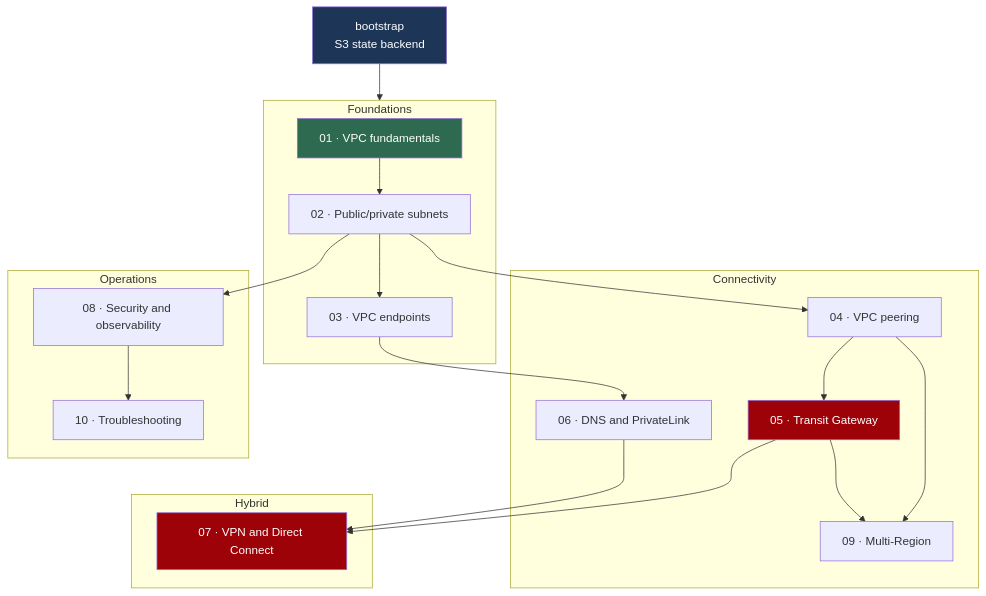
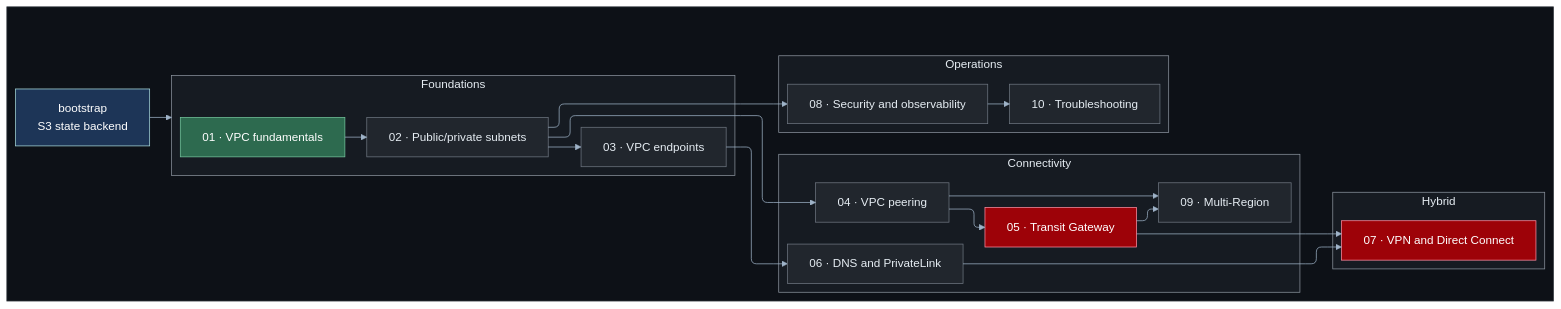
The diagram in README.md (HuyNguyen260398/aws-network-architecture), drawn with Mermaid before and after one commit. The commit also changed 13 other files, not shown here.

First line of the commit message:
docs(diagrams): restyle all Mermaid diagrams for dark mode and orthogonal lines

````diff
--- a/README.md
+++ b/README.md
@@ -175,38 +175,65 @@
 ```mermaid
-graph TB
-    subgraph FOUND["Foundations"]
-        L01["01 · VPC fundamentals"]
-        L02["02 · Public/private subnets"]
-        L03["03 · VPC endpoints"]
+---
+config:
+  layout: elk
+  theme: base
+  themeVariables:
+    lineColor: "#9fb3c8"
+    textColor: "#e6edf3"
+    primaryColor: "#21262d"
+    primaryTextColor: "#e6edf3"
+    primaryBorderColor: "#6e7681"
+    edgeLabelBackground: "#0d1117"
+    clusterBkg: "#161b22"
+    clusterBorder: "#6e7681"
+    titleColor: "#e6edf3"
+  flowchart:
+    curve: rounded
+    wrappingWidth: 420
+---
+flowchart LR
+    subgraph CANVAS[" "]
+        subgraph FOUND["Foundations"]
+            L01["01 · VPC fundamentals"]
+            L02["02 · Public/private subnets"]
+            L03["03 · VPC endpoints"]
+        end
+        subgraph CONN["Connectivity"]
+            L04["04 · VPC peering"]
+            L05["05 · Transit Gateway"]
+            L06["06 · DNS and PrivateLink"]
+            L09["09 · Multi-Region"]
+        end
+        subgraph HYB["Hybrid"]
+            L07["07 · VPN and Direct Connect"]
+        end
+        subgraph OPS["Operations"]
+            L08["08 · Security and observability"]
+            L10["10 · Troubleshooting"]
+        end
+
+        BOOT["bootstrap<br/>S3 state backend"]
     end
-    subgraph CONN["Connectivity"]
-        L04["04 · VPC peering"]
-        L05["05 · Transit Gateway"]
-        L06["06 · DNS and PrivateLink"]
-        L09["09 · Multi-Region"]
-    end
-    subgraph HYB["Hybrid"]
-        L07["07 · VPN and Direct Connect"]
-    end
-    subgraph OPS["Operations"]
-        L08["08 · Security and observability"]
-        L10["10 · Troubleshooting"]
-    end
-
-    BOOT["bootstrap<br/>S3 state backend"]
 
     BOOT --> FOUND
     L01 --> L02 --> L03
     L02 --> L04 --> L05
     L03 --> L06
     L05 --> L07
     L06 --> L07
     L04 --> L09
     L05 --> L09
     L02 --> L08 --> L10
 
-    style L05 fill:#9d0208,color:#fff
-    style L07 fill:#9d0208,color:#fff
-    style L01 fill:#2d6a4f,color:#fff
-    style BOOT fill:#1d3557,color:#fff
+    classDef canvas fill:#0d1117,stroke:#30363d,color:#e6edf3
+    classDef vpc fill:#161b22,stroke:#8b949e,color:#e6edf3
+    classDef free fill:#2d6a4f,stroke:#74c69d,color:#fff
+    classDef gateway fill:#1d3557,stroke:#a8dadc,color:#fff
+    classDef billed fill:#9d0208,stroke:#ff8fa3,color:#fff
+
+    class CANVAS canvas
+    class FOUND,CONN,HYB,OPS vpc
+    class L01 free
+    class BOOT gateway
+    class L05,L07 billed
 ```
````
